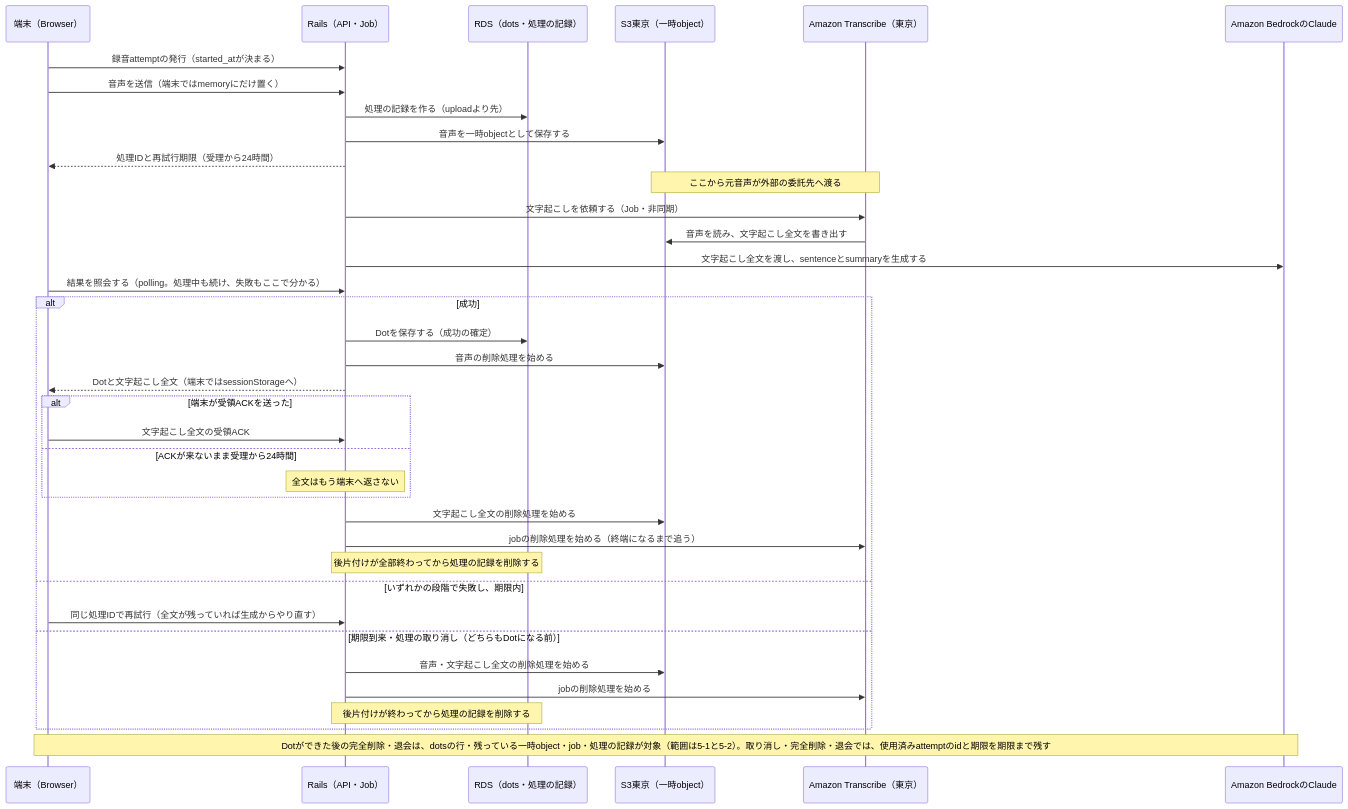
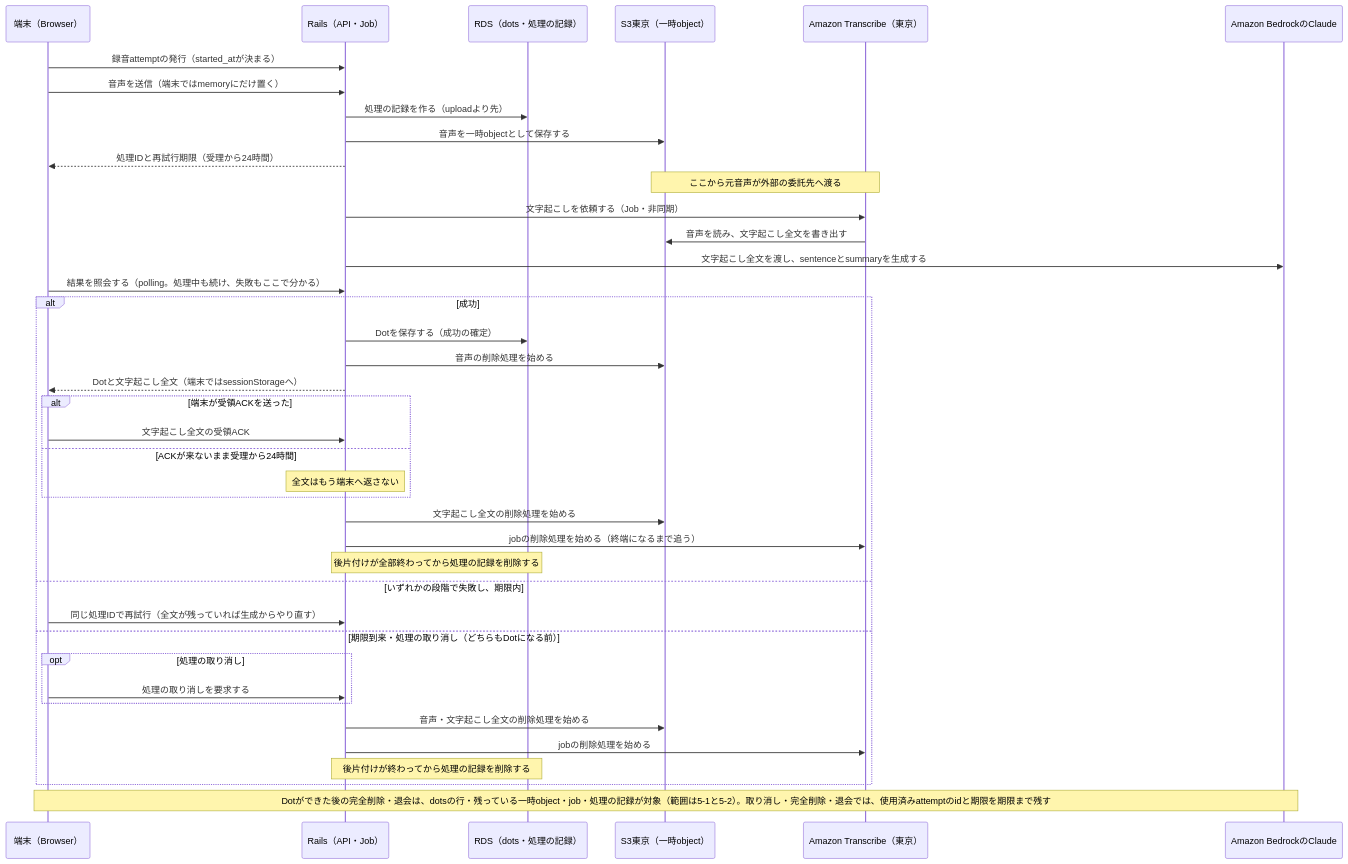
The diagram in docs/privacy.md (FujieMasaki/fod-app), drawn with Mermaid before and after one commit. The commit also changed other lines of this file and 1 other file, not shown here.

````diff
--- a/docs/privacy.md
+++ b/docs/privacy.md
@@ -164,39 +164,42 @@
 ```mermaid
 sequenceDiagram
     participant B as 端末（Browser）
     participant R as Rails（API・Job）
     participant DB as RDS（dots・処理の記録）
     participant S3 as S3東京（一時object）
     participant T as Amazon Transcribe（東京）
     participant AI as Amazon BedrockのClaude
     B->>R: 録音attemptの発行（started_atが決まる）
     B->>R: 音声を送信（端末ではmemoryにだけ置く）
     R->>DB: 処理の記録を作る（uploadより先）
     R->>S3: 音声を一時objectとして保存する
     R-->>B: 処理IDと再試行期限（受理から24時間）
     Note over S3,T: ここから元音声が外部の委託先へ渡る
     R->>T: 文字起こしを依頼する（Job・非同期）
     T->>S3: 音声を読み、文字起こし全文を書き出す
     R->>AI: 文字起こし全文を渡し、sentenceとsummaryを生成する
     B->>R: 結果を照会する（polling。処理中も続け、失敗もここで分かる）
     alt 成功
         R->>DB: Dotを保存する（成功の確定）
         R->>S3: 音声の削除処理を始める
         R-->>B: Dotと文字起こし全文（端末ではsessionStorageへ）
         alt 端末が受領ACKを送った
             B->>R: 文字起こし全文の受領ACK
         else ACKが来ないまま受理から24時間
             Note over R: 全文はもう端末へ返さない
         end
         R->>S3: 文字起こし全文の削除処理を始める
         R->>T: jobの削除処理を始める（終端になるまで追う）
         Note over R,DB: 後片付けが全部終わってから処理の記録を削除する
     else いずれかの段階で失敗し、期限内
         B->>R: 同じ処理IDで再試行（全文が残っていれば生成からやり直す）
     else 期限到来・処理の取り消し（どちらもDotになる前）
+        opt 処理の取り消し
+            B->>R: 処理の取り消しを要求する
+        end
         R->>S3: 音声・文字起こし全文の削除処理を始める
         R->>T: jobの削除処理を始める
         Note over R,DB: 後片付けが終わってから処理の記録を削除する
     end
     Note over B,AI: Dotができた後の完全削除・退会は、dotsの行・残っている一時object・job・処理の記録が対象（範囲は5-1と5-2）。取り消し・完全削除・退会では、使用済みattemptのidと期限を期限まで残す
 ```
````
